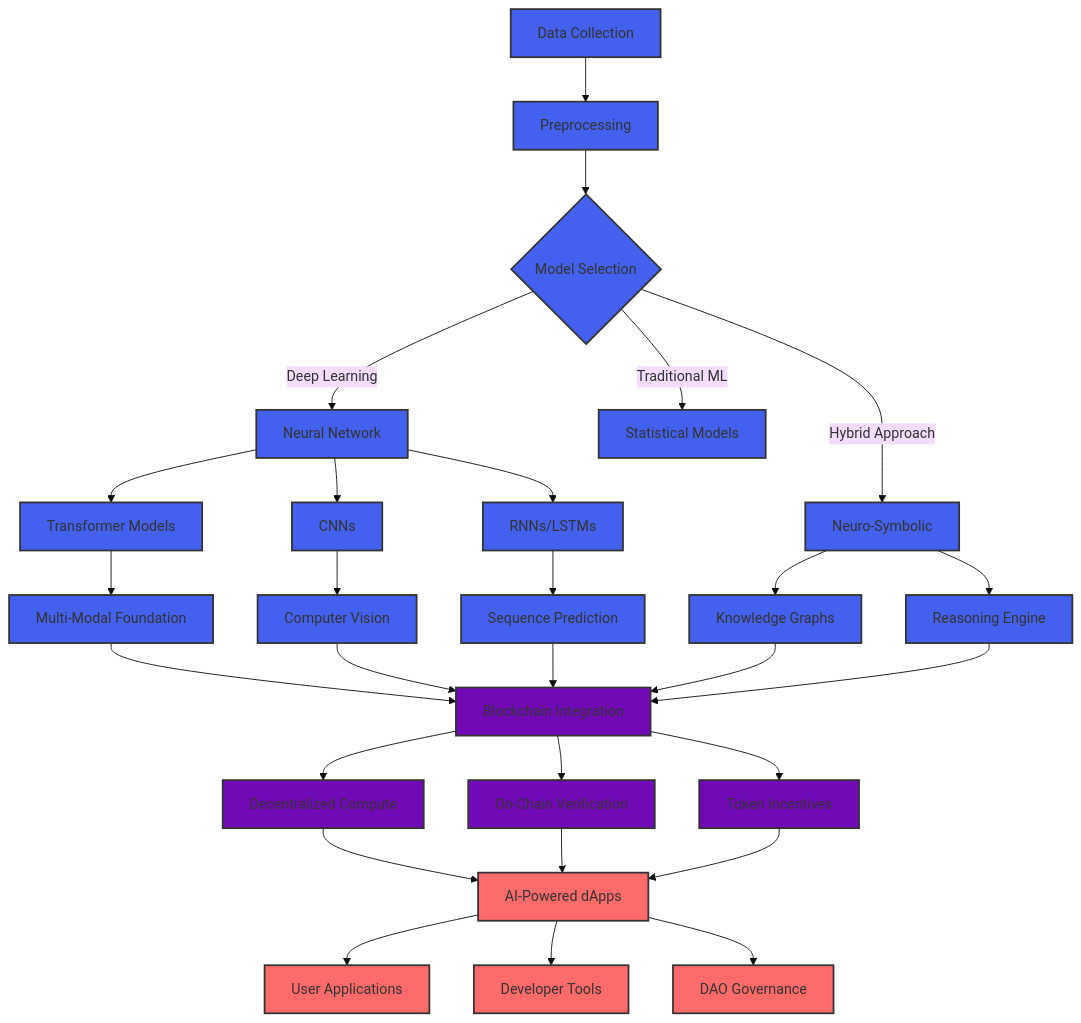
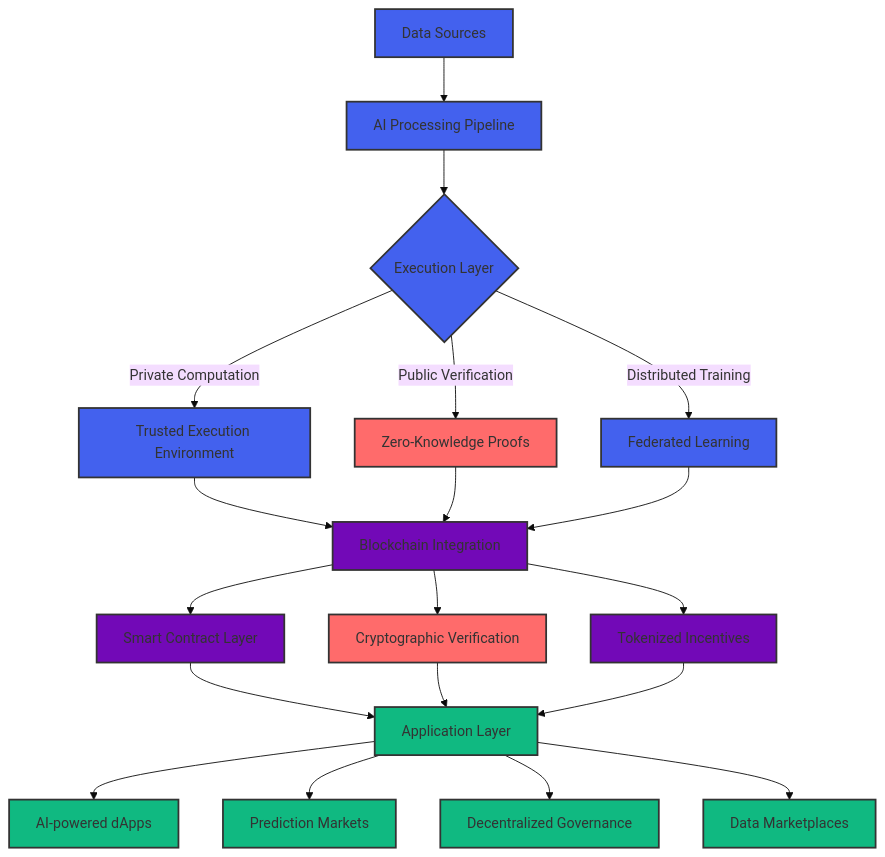
Before and after one commit to kjanuda/kjanuda: the diagram in README.md, drawn with Mermaid (base theme). The commit also changed other lines of this file, not shown here.

````diff
--- a/README.md
+++ b/README.md
@@ -174,39 +246,32 @@
 ```mermaid
-flowchart TD
-    A[Data Collection] --> B[Preprocessing]
-    B --> C{Model Selection}
-    C -->|Deep Learning| D[Neural Network]
-    C -->|Traditional ML| E[Statistical Models]
-    C -->|Hybrid Approach| F[Neuro-Symbolic]
+graph TD
+    A[Data Sources] --> B[AI Processing Pipeline]
+    B --> C{Execution Layer}
     
-    D --> G[Transformer Models]
-    D --> H[CNNs]
-    D --> I[RNNs/LSTMs]
+    C -->|Private Computation| D[Trusted Execution Environment]
+    C -->|Public Verification| E[Zero-Knowledge Proofs]
+    C -->|Distributed Training| F[Federated Learning]
     
-    G --> J[Multi-Modal Foundation]
-    H --> K[Computer Vision]
-    I --> L[Sequence Prediction]
+    D & E & F --> G[Blockchain Integration]
     
-    F --> M[Knowledge Graphs]
-    F --> N[Reasoning Engine]
+    G --> H[Smart Contract Layer]
+    G --> I[Cryptographic Verification]
+    G --> J[Tokenized Incentives]
     
-    J & K & L & M & N --> O[Blockchain Integration]
+    H & I & J --> K[Application Layer]
     
-    O --> P[Decentralized Compute]
-    O --> Q[On-Chain Verification]
-    O --> R[Token Incentives]
+    K --> L[AI-powered dApps]
+    K --> M[Prediction Markets]
+    K --> N[Decentralized Governance]
+    K --> O[Data Marketplaces]
     
-    P & Q & R --> S[AI-Powered dApps]
+    classDef ai fill:#4361ee,stroke:#333,stroke-width:2px;
+    classDef security fill:#ff6b6b,stroke:#333,stroke-width:2px;
+    classDef blockchain fill:#7209b7,stroke:#333,stroke-width:2px;
+    classDef application fill:#10b981,stroke:#333,stroke-width:2px;
     
-    S --> T[User Applications]
-    S --> U[Developer Tools]
-    S --> V[DAO Governance]
-    
-    classDef web3 fill:#ff6b6b,stroke:#333,stroke-width:2px;
-    classDef ai fill:#4361ee,stroke:#333,stroke-width:2px;
-    classDef integration fill:#7209b7,stroke:#333,stroke-width:2px;
-    
-    class A,B,C,D,E,F,G,H,I,J,K,L,M,N ai;
-    class O,P,Q,R integration;
-    class S,T,U,V web3;
+    class A,B,C,D,F ai;
+    class E,I security;
+    class G,H,J blockchain;
+    class K,L,M,N,O application;
 ```
````
